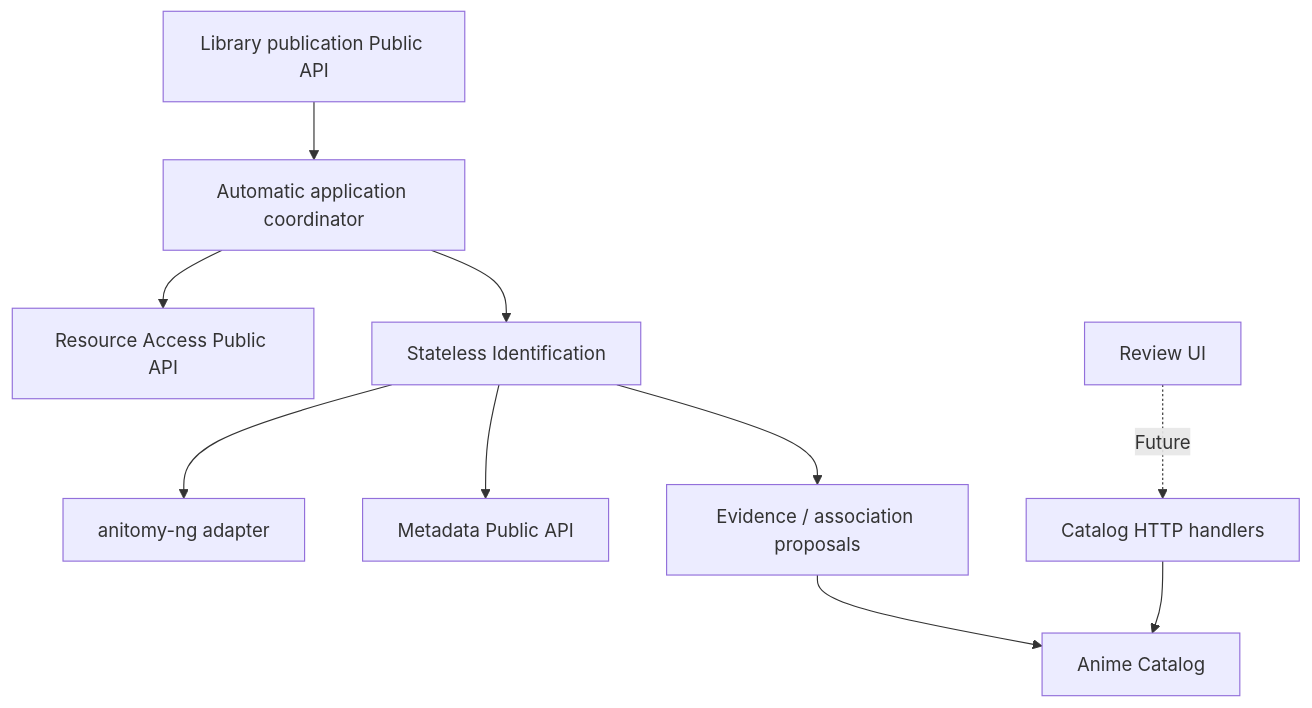
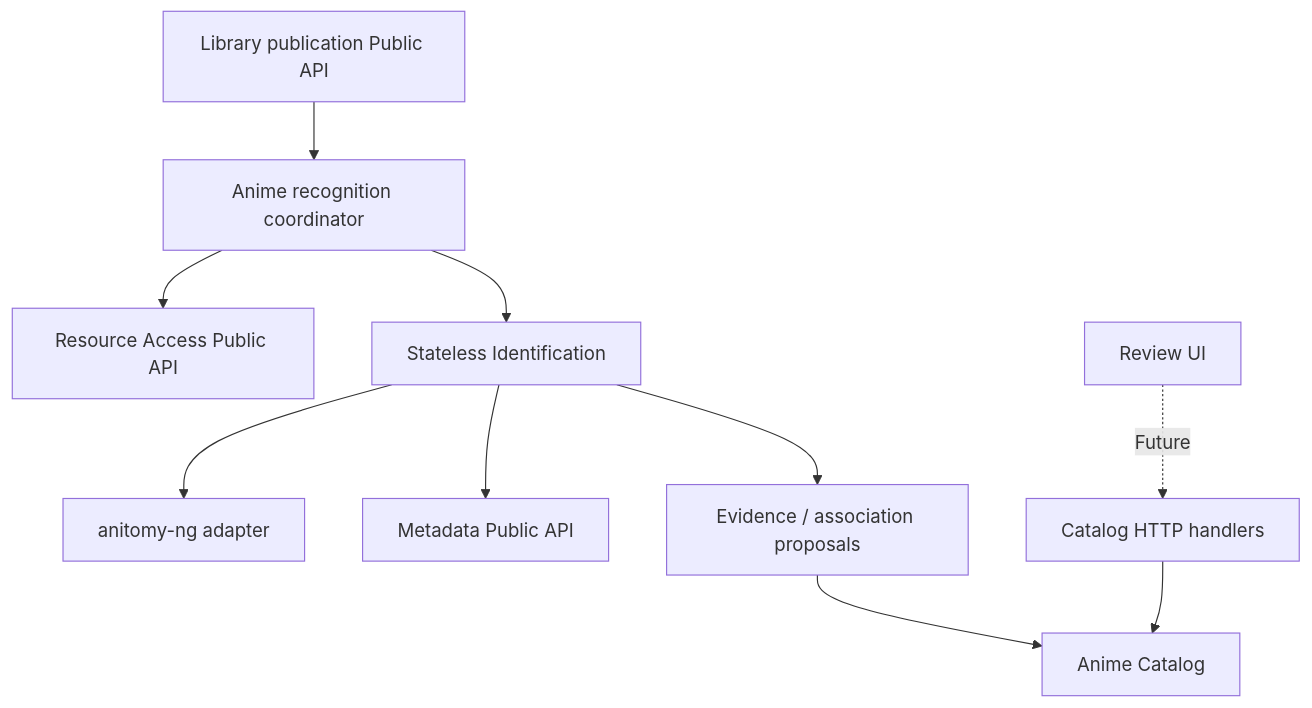
The diagram in docs/current-version-design.md (qw0er/Anishelf), drawn with Mermaid before and after one commit. The commit also changed other lines of this file and 305 other files, not shown here.

````diff
--- a/docs/current-version-design.md
+++ b/docs/current-version-design.md
@@ -159,12 +159,12 @@
 ```mermaid
 flowchart TD
-  Library[Library publication Public API] --> Coordinator[Automatic application coordinator]
+  Library[Library publication Public API] --> Coordinator[Anime recognition coordinator]
   Coordinator --> Access[Resource Access Public API]
   Coordinator --> Identify[Stateless Identification]
   Identify --> Parser[anitomy-ng adapter]
   Identify --> Metadata[Metadata Public API]
   Identify --> Proposals[Evidence / association proposals]
   Proposals --> Catalog[Anime Catalog]
   UI[Review UI] -. Future .-> HTTP[Catalog HTTP handlers]
   HTTP --> Catalog
 ```
````
